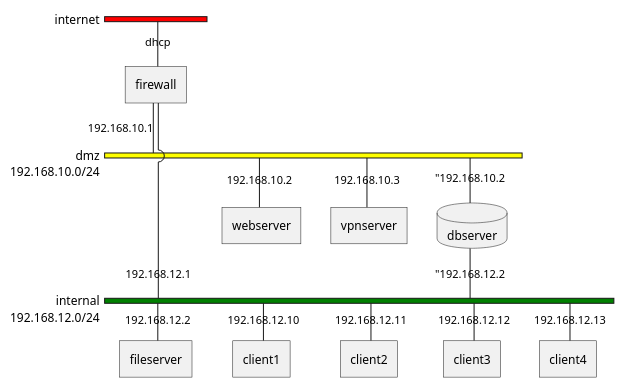
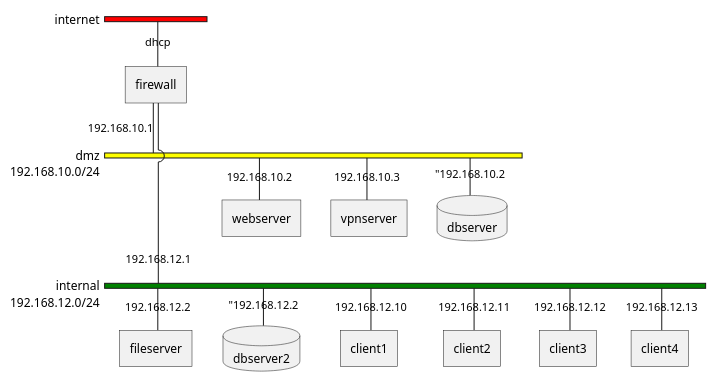
Before and after one commit to OOHQ3E/RTT: the diagram in 003/networkdiagram.plantuml, drawn with PlantUML.

Commit message:
networkdiagram.plantuml-ban a database2 átírás

```diff
--- a/003/networkdiagram.plantuml
+++ b/003/networkdiagram.plantuml
@@ -1,27 +1,27 @@
 @startuml network diagram
 nwdiag {
   network internet {
     firewall [address="dhcp"];
     color = "red"
   }
   network dmz {
     address = "192.168.10.0/24";
     firewall [address="192.168.10.1"];
     webserver [address="192.168.10.2"];
     vpnserver [address="192.168.10.3"];
     dbserver [ address="192.168.10.2, shape = database ]
     color = "yellow"
   }
   network internal {
     address = "192.168.12.0/24";
     firewall [address="192.168.12.1"];
     fileserver [address="192.168.12.2"];
-    dbserver [ address="192.168.12.2, shape = database ]
+    dbserver2 [ address="192.168.12.2, shape = database ]
     client1 [address="192.168.12.10"];
     client2 [address="192.168.12.11"];
     client3 [address="192.168.12.12"];
     client4 [address="192.168.12.13"];
     color = "green"
   }
 }
 @enduml
```
